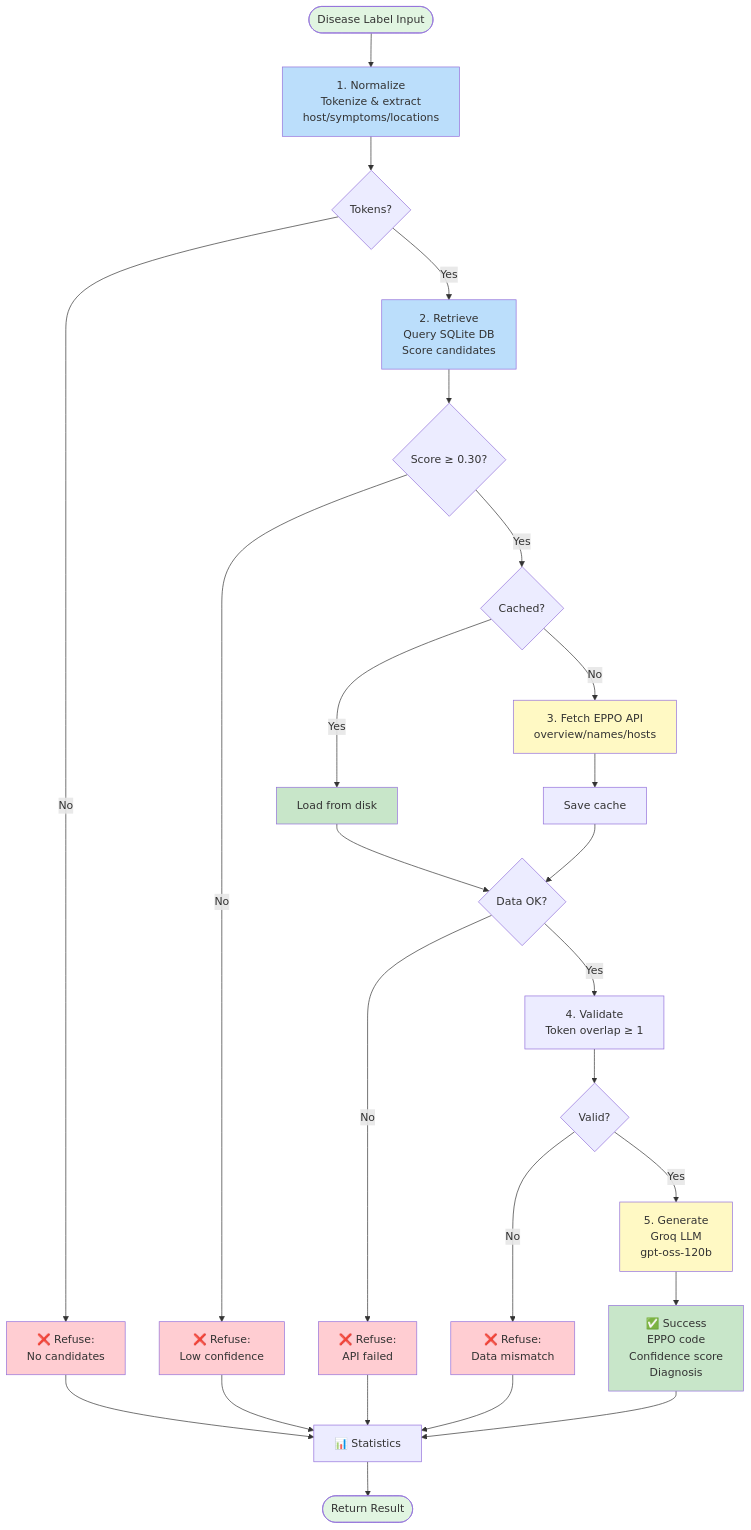
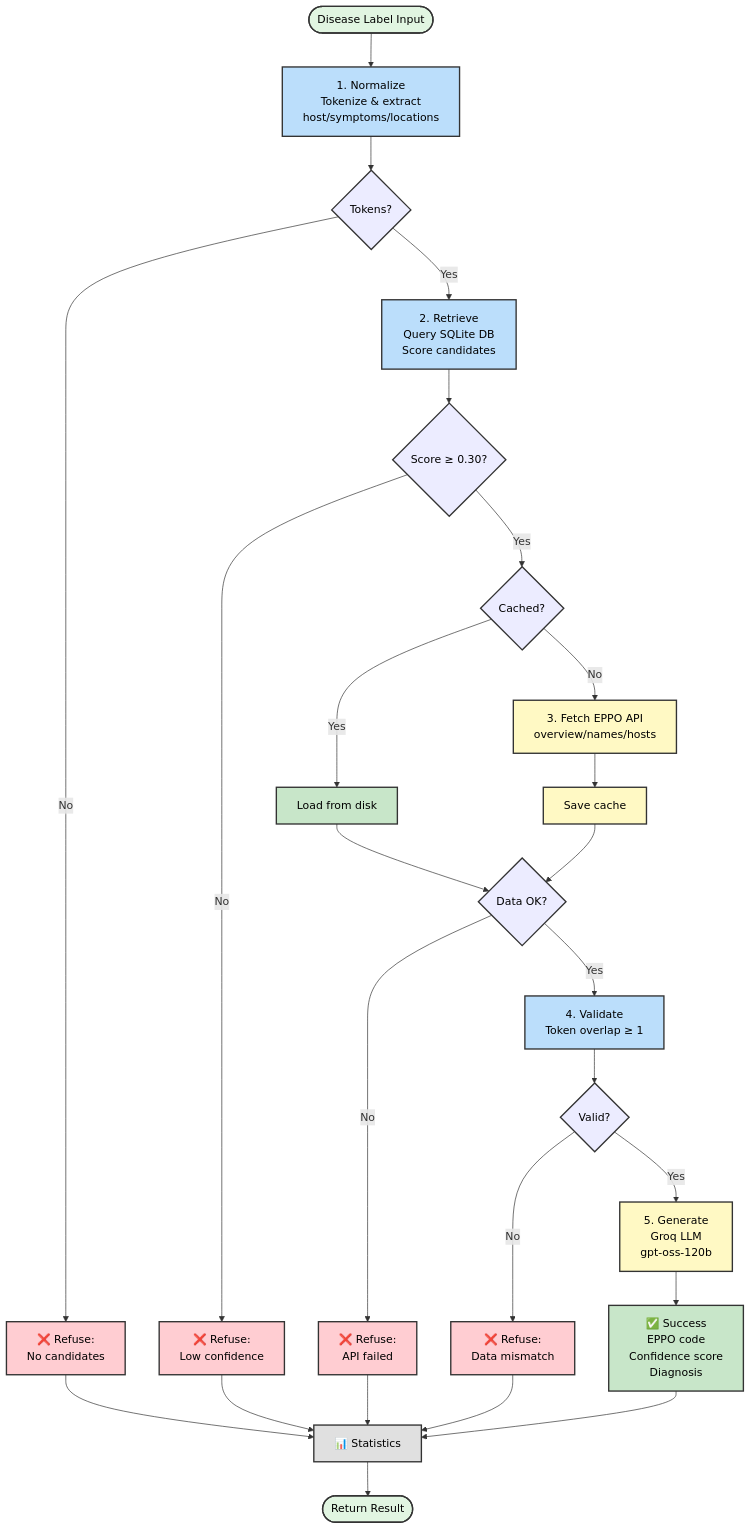
Before and after one commit to Adriz1611/GreenRetrieval: the diagram in README.md, drawn with Mermaid.

Commit message:
Enhance README.md: Improve pipeline flow diagram styling for better visibility and clarity

````diff
--- a/README.md
+++ b/README.md
@@ -129,53 +129,61 @@
 ```mermaid
 graph TD
     Start([Disease Label Input]) --> Norm[1. Normalize<br/>Tokenize & extract<br/>host/symptoms/locations]
 
     Norm --> HasTokens{Tokens?}
     HasTokens -->|No| R1[❌ Refuse:<br/>No candidates]
 
     HasTokens -->|Yes| Retrieve[2. Retrieve<br/>Query SQLite DB<br/>Score candidates]
 
     Retrieve --> ScoreOK{Score ≥ 0.30?}
     ScoreOK -->|No| R2[❌ Refuse:<br/>Low confidence]
 
     ScoreOK -->|Yes| Cache{Cached?}
 
     Cache -->|Yes| LoadCache[Load from disk]
     Cache -->|No| API[3. Fetch EPPO API<br/>overview/names/hosts]
     API --> SaveCache[Save cache]
 
     LoadCache --> HasData{Data OK?}
     SaveCache --> HasData
 
     HasData -->|No| R3[❌ Refuse:<br/>API failed]
 
     HasData -->|Yes| Validate[4. Validate<br/>Token overlap ≥ 1]
 
     Validate --> Valid{Valid?}
     Valid -->|No| R4[❌ Refuse:<br/>Data mismatch]
 
     Valid -->|Yes| LLM[5. Generate<br/>Groq LLM<br/>gpt-oss-120b]
 
     LLM --> Success[✅ Success<br/>EPPO code<br/>Confidence score<br/>Diagnosis]
 
     R1 --> Stats[📊 Statistics]
     R2 --> Stats
     R3 --> Stats
     R4 --> Stats
     Success --> Stats
 
     Stats --> End([Return Result])
 
-    style Start fill:#e1f5e1
-    style End fill:#e1f5e1
-    style Success fill:#c8e6c9
-    style R1 fill:#ffcdd2
-    style R2 fill:#ffcdd2
-    style R3 fill:#ffcdd2
-    style R4 fill:#ffcdd2
-    style Norm fill:#bbdefb
-    style Retrieve fill:#bbdefb
-    style API fill:#fff9c4
-    style LLM fill:#fff9c4
-    style LoadCache fill:#c8e6c9
+    style Start fill:#e1f5e1,stroke:#333,stroke-width:2px,color:#000
+    style End fill:#e1f5e1,stroke:#333,stroke-width:2px,color:#000
+    style Success fill:#c8e6c9,stroke:#333,stroke-width:2px,color:#000
+    style R1 fill:#ffcdd2,stroke:#333,stroke-width:2px,color:#000
+    style R2 fill:#ffcdd2,stroke:#333,stroke-width:2px,color:#000
+    style R3 fill:#ffcdd2,stroke:#333,stroke-width:2px,color:#000
+    style R4 fill:#ffcdd2,stroke:#333,stroke-width:2px,color:#000
+    style Norm fill:#bbdefb,stroke:#333,stroke-width:2px,color:#000
+    style Retrieve fill:#bbdefb,stroke:#333,stroke-width:2px,color:#000
+    style API fill:#fff9c4,stroke:#333,stroke-width:2px,color:#000
+    style LLM fill:#fff9c4,stroke:#333,stroke-width:2px,color:#000
+    style LoadCache fill:#c8e6c9,stroke:#333,stroke-width:2px,color:#000
+    style SaveCache fill:#fff9c4,stroke:#333,stroke-width:2px,color:#000
+    style Validate fill:#bbdefb,stroke:#333,stroke-width:2px,color:#000
+    style Stats fill:#e0e0e0,stroke:#333,stroke-width:2px,color:#000
+    style HasTokens stroke:#333,stroke-width:2px,color:#000
+    style ScoreOK stroke:#333,stroke-width:2px,color:#000
+    style Cache stroke:#333,stroke-width:2px,color:#000
+    style HasData stroke:#333,stroke-width:2px,color:#000
+    style Valid stroke:#333,stroke-width:2px,color:#000
 ```
````
